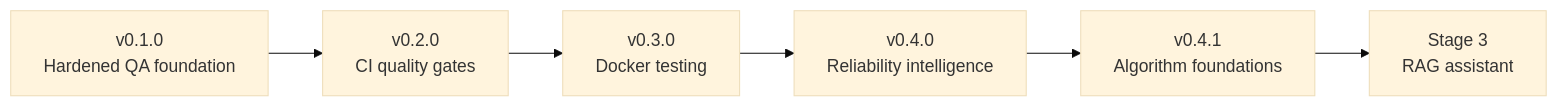
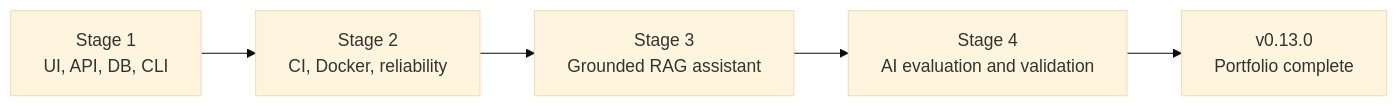
One commit to saptayh-8910/qa-compliance-sentry changed the diagram in docs/PROJECT_HISTORY.md. Above: the diagram before and after it, drawn with Mermaid (base theme). The commit also changed other lines of this file and 7 other files, not shown here.

````diff
--- a/docs/PROJECT_HISTORY.md
+++ b/docs/PROJECT_HISTORY.md
@@ -13,9 +13,8 @@
 ```mermaid
 flowchart LR
-  V010["v0.1.0<br/>Hardened QA foundation"] -->
-  V020["v0.2.0<br/>CI quality gates"] -->
-  V030["v0.3.0<br/>Docker testing"] -->
-  V040["v0.4.0<br/>Reliability intelligence"] -->
-  V041["v0.4.1<br/>Algorithm foundations"] -->
-  S3["Stage 3<br/>RAG assistant"]
+  S1["Stage 1<br/>UI, API, DB, CLI"] -->
+  S2["Stage 2<br/>CI, Docker, reliability"] -->
+  S3["Stage 3<br/>Grounded RAG assistant"] -->
+  S4["Stage 4<br/>AI evaluation and validation"] -->
+  DONE["v0.13.0<br/>Portfolio complete"]
 ```
````
